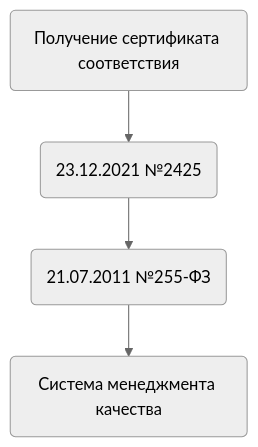
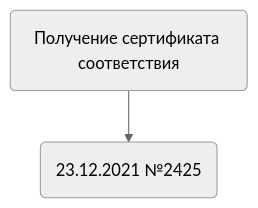
The diagram in №2Peresada.md (p3r3sada/Var-2Peresada), drawn with Mermaid (neutral theme) before and after one commit.

````diff
--- a/№2Peresada.md
+++ b/№2Peresada.md
@@ -1,4 +1,4 @@
 ```mermaid
 flowchart TD;
-A(Получение сертификата соответствия) --> B(23.12.2021 №2425) --> C(21.07.2011 №255-ФЗ) --> D(Система менеджмента качества)
+A(Получение сертификата соответствия) --> B(23.12.2021 №2425)
 ```
````
